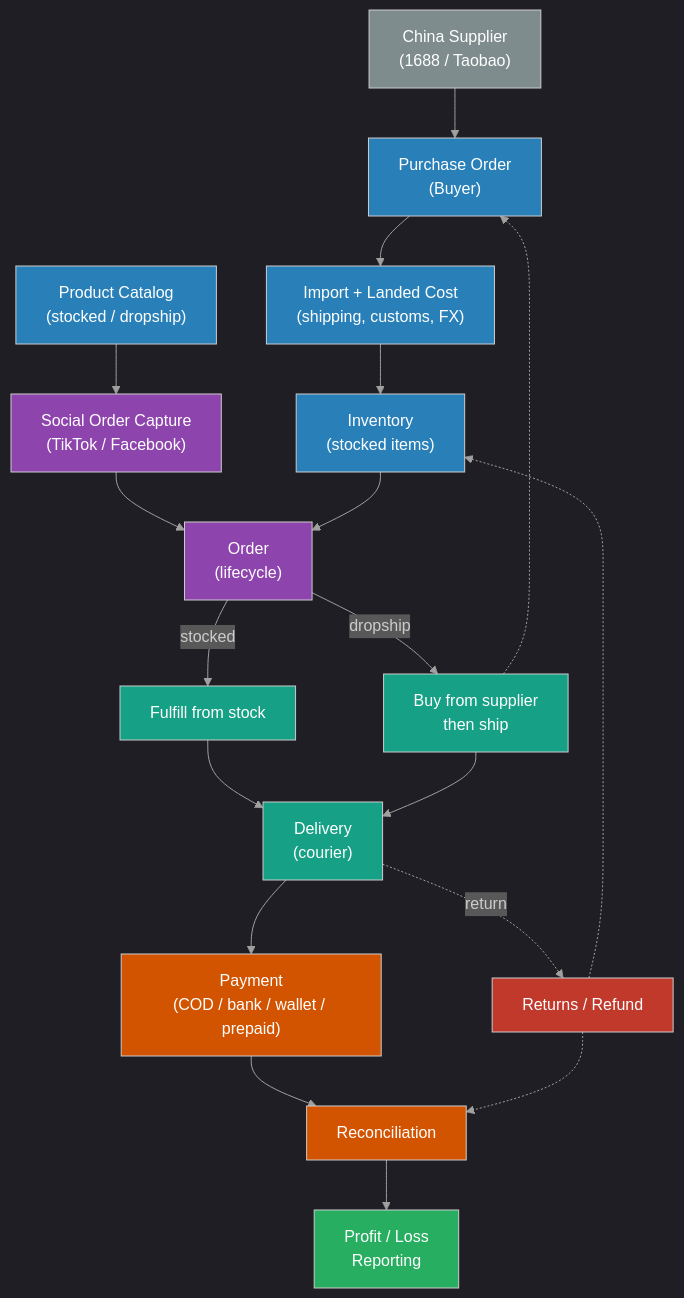
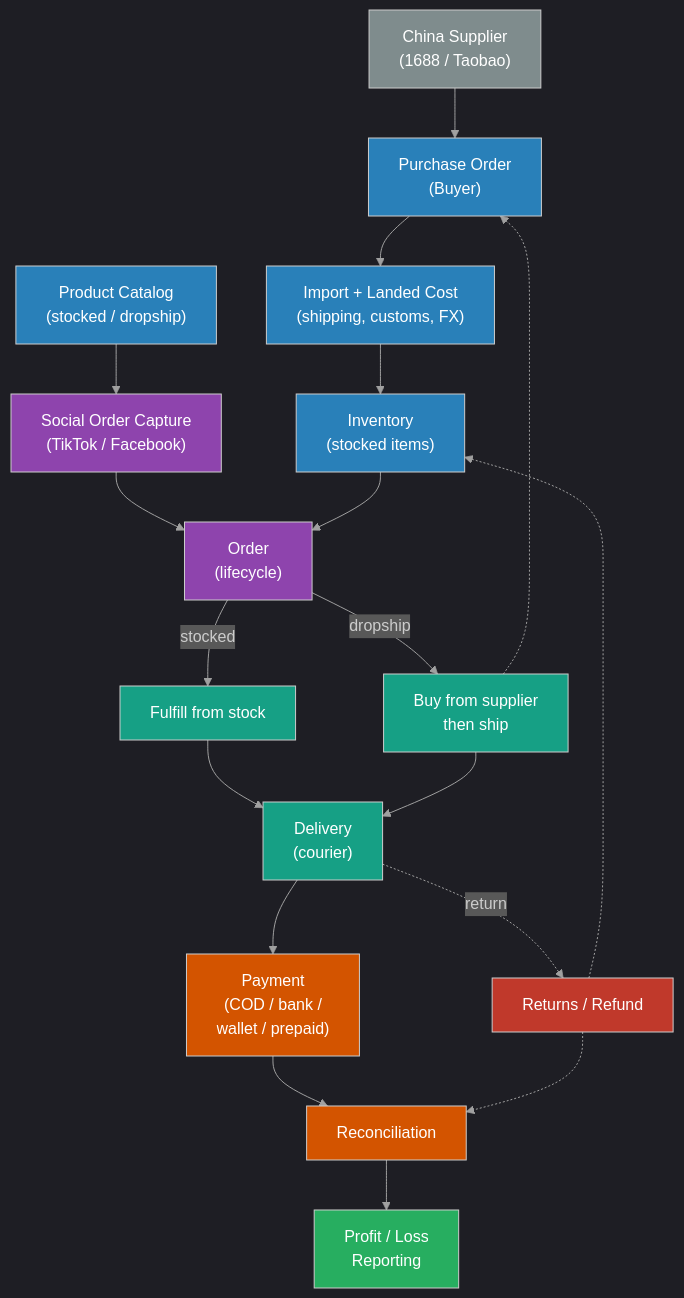
One commit to GuideStack/iblogger-feeds changed the diagram in feeds/management/agile/fs/pos-fullexample/00-overview.md. Above: the diagram before and after it, drawn with Mermaid.

Commit message:
Wrap Payment node label in POS overview diagram to prevent overflow
Break '(COD / bank / wallet / prepaid)' across two lines with <br/>; all other diagram labels already fit.

````diff
--- a/feeds/management/agile/fs/pos-fullexample/00-overview.md
+++ b/feeds/management/agile/fs/pos-fullexample/00-overview.md
@@ -78,38 +78,38 @@
 ```mermaid
 %%{init: {
   'theme': 'dark',
   'themeVariables': {
     'background': '#1e1e1e',
     'primaryTextColor': '#ffffff',
     'lineColor': '#a0a0a0'
   },
   'themeCSS': 'svg { background-color: #1e1e1e !important; padding: 1rem !important; border-radius: 8px !important; } .edgeLabel rect { fill: #1e1e1e !important; } text, tspan { fill: #ffffff !important; }'
 }}%%
 flowchart TD
     SUP["China Supplier<br/>(1688 / Taobao)"]:::ext --> PO["Purchase Order<br/>(Buyer)"]:::proc
     PO --> LAND["Import + Landed Cost<br/>(shipping, customs, FX)"]:::proc
     LAND --> INV["Inventory<br/>(stocked items)"]:::proc
     PROD["Product Catalog<br/>(stocked / dropship)"]:::proc --> CH
 
     CH["Social Order Capture<br/>(TikTok / Facebook)"]:::sale --> ORD["Order<br/>(lifecycle)"]:::sale
     INV --> ORD
     ORD -->|"stocked"| FULS["Fulfill from stock"]:::ful
     ORD -->|"dropship"| FULD["Buy from supplier<br/>then ship"]:::ful
     FULD -.-> PO
     FULS --> DEL["Delivery<br/>(courier)"]:::ful
     FULD --> DEL
-    DEL --> PAY["Payment<br/>(COD / bank / wallet / prepaid)"]:::pay
+    DEL --> PAY["Payment<br/>(COD / bank /<br/>wallet / prepaid)"]:::pay
     PAY --> REC["Reconciliation"]:::pay
     REC --> RPT["Profit / Loss<br/>Reporting"]:::rpt
     DEL -.->|"return"| RET["Returns / Refund"]:::ret
     RET -.-> INV
     RET -.-> REC
 
     classDef ext fill:#7f8c8d,color:#fff
     classDef proc fill:#2980b9,color:#fff
     classDef sale fill:#8e44ad,color:#fff
     classDef ful fill:#16a085,color:#fff
     classDef pay fill:#d35400,color:#fff
     classDef ret fill:#c0392b,color:#fff
     classDef rpt fill:#27ae60,color:#fff
 ```
````
